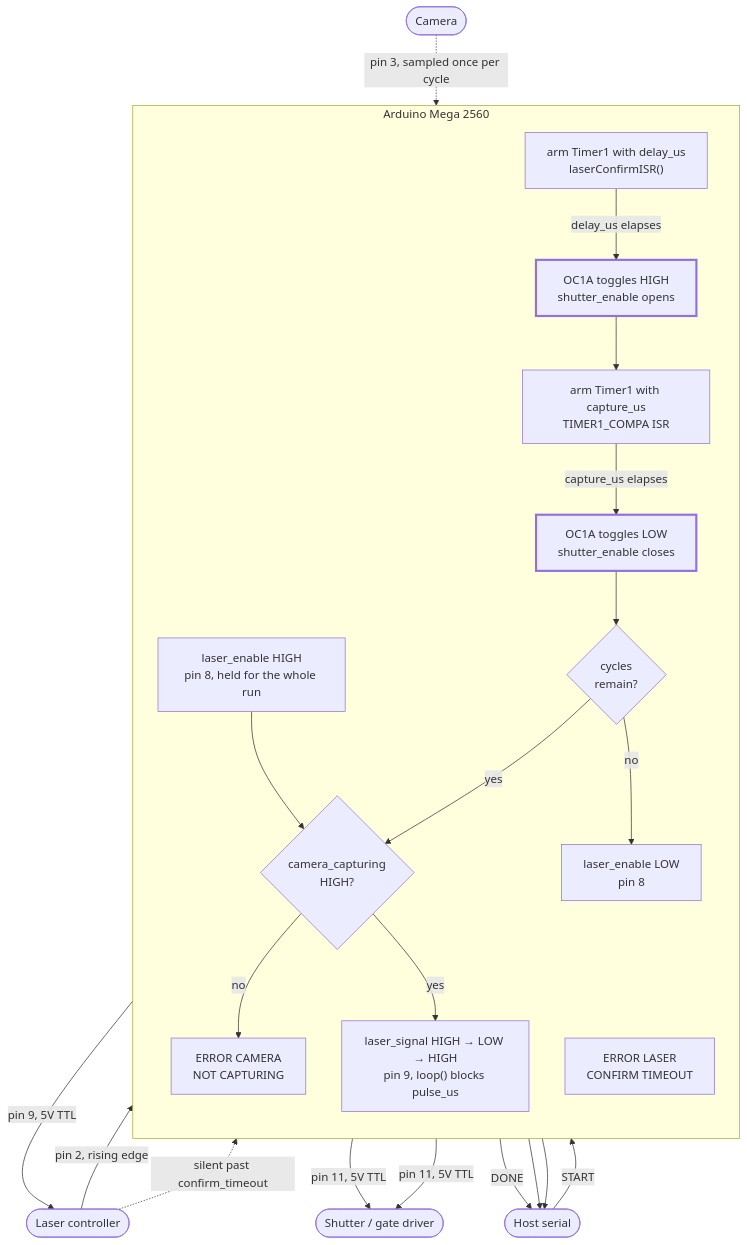
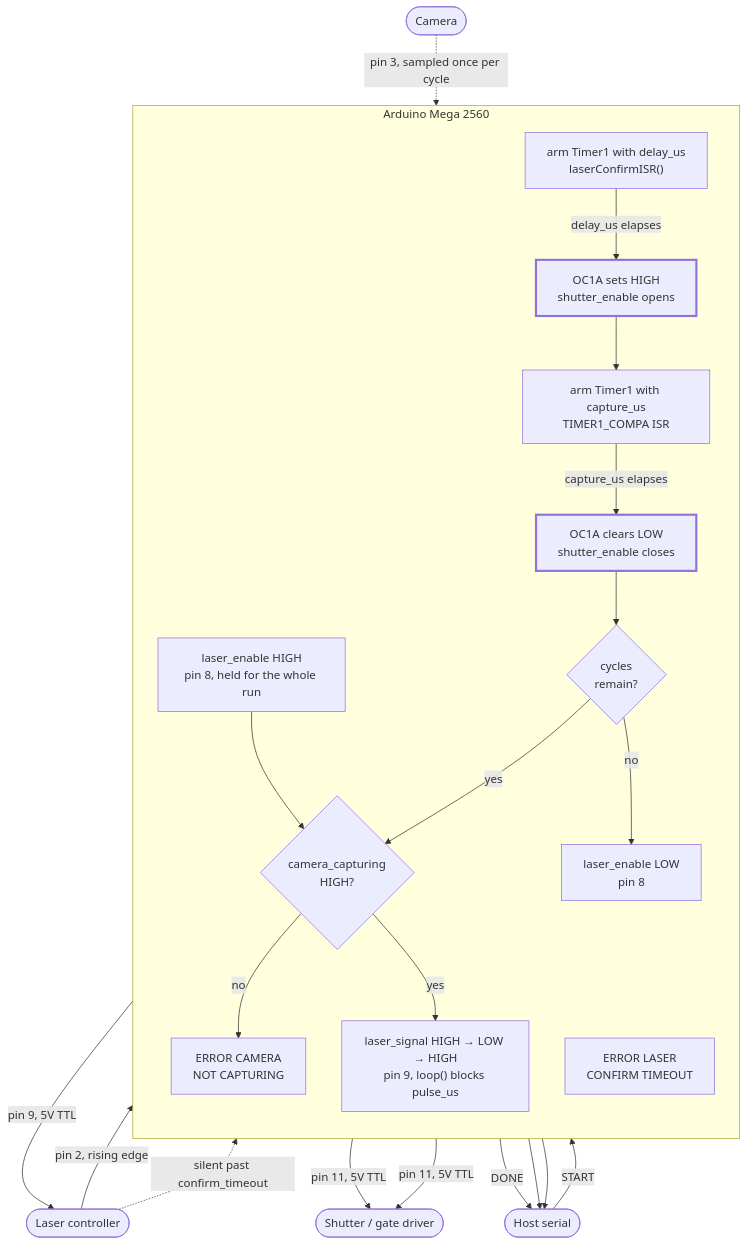
Before and after one commit to jlassen-terray/FRET-Microscope-Timing: the sixth of 8 diagrams in Arduino/5_capture_sequence/README.md, drawn with Mermaid. The commit also changed other lines of this file and 11 other files, not shown here.

````diff
--- a/Arduino/5_capture_sequence/README.md
+++ b/Arduino/5_capture_sequence/README.md
@@ -129,46 +217,46 @@
 ```mermaid
 flowchart TB
     HOST(["Host serial"])
     CAMERA(["Camera"])
     LASER(["Laser controller"])
     SHUTTER(["Shutter / gate driver"])
 
     subgraph MEGA["Arduino Mega 2560"]
         direction TB
 
         EN["laser_enable HIGH<br/>pin 8, held for the whole run"]
         GATE{"camera_capturing<br/>HIGH?"}
         PULSE["laser_signal HIGH → LOW → HIGH<br/>pin 9, loop() blocks pulse_us"]
         ARM["arm Timer1 with delay_us<br/>laserConfirmISR()"]
-        OPEN["OC1A toggles HIGH<br/>shutter_enable opens"]
+        OPEN["OC1A sets HIGH<br/>shutter_enable opens"]
         REARM["arm Timer1 with capture_us<br/>TIMER1_COMPA ISR"]
-        CLOSE["OC1A toggles LOW<br/>shutter_enable closes"]
+        CLOSE["OC1A clears LOW<br/>shutter_enable closes"]
         MORE{"cycles<br/>remain?"}
         OFF["laser_enable LOW<br/>pin 8"]
         ERRC["ERROR CAMERA<br/>NOT CAPTURING"]
         ERRL["ERROR LASER<br/>CONFIRM TIMEOUT"]
     end
 
     HOST -->|"START"| EN
     EN --> GATE
     CAMERA -.->|"pin 3, sampled once per cycle"| GATE
     GATE -->|"no"| ERRC
     GATE -->|"yes"| PULSE
     PULSE -->|"pin 9, 5V TTL"| LASER
     LASER -->|"pin 2, rising edge"| ARM
     LASER -.->|"silent past confirm_timeout"| ERRL
     ARM -->|"delay_us elapses"| OPEN
     OPEN -->|"pin 11, 5V TTL"| SHUTTER
     OPEN --> REARM
     REARM -->|"capture_us elapses"| CLOSE
     CLOSE -->|"pin 11, 5V TTL"| SHUTTER
     CLOSE --> MORE
     MORE -->|"yes"| GATE
     MORE -->|"no"| OFF
     OFF -->|"DONE"| HOST
     ERRC --> HOST
     ERRL --> HOST
 
     classDef hw stroke-width:3px
     class OPEN,CLOSE hw
 ```
````
